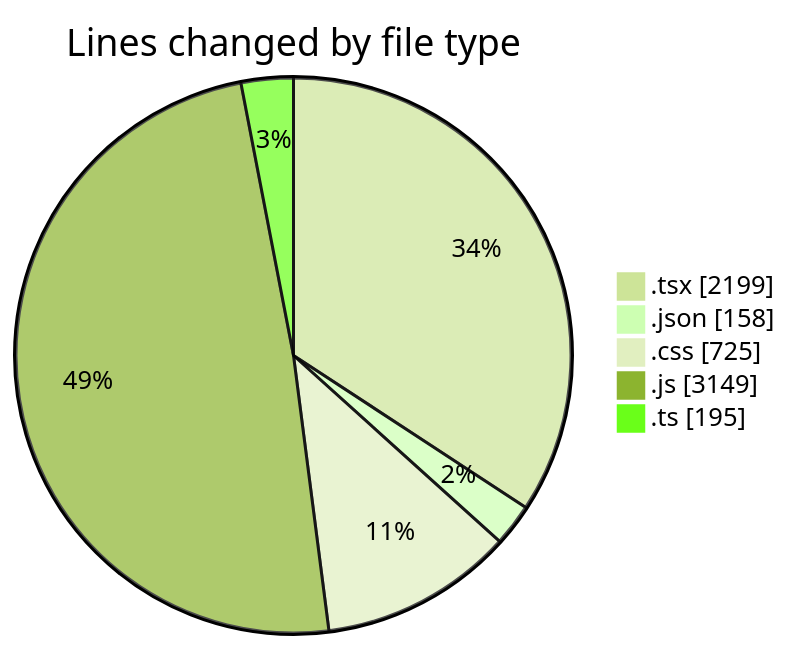
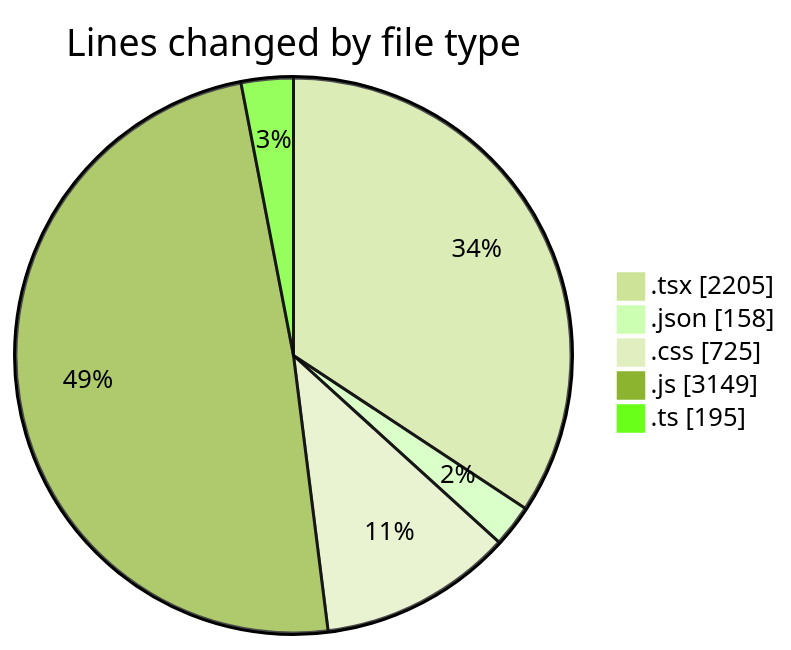
The first of 2 diagrams in 2025-05-15/laala_boost/README.md (Elitesun/code-tracking), drawn with Mermaid (forest theme) before and after one commit. The commit also changed other lines of this file and 1 other file, not shown here.

````diff
--- a/2025-05-15/laala_boost/README.md
+++ b/2025-05-15/laala_boost/README.md
@@ -38,9 +38,9 @@
 ```mermaid
 pie showData
 title Lines changed by file type
-".tsx" : 2199
+".tsx" : 2205
 ".json" : 158
 ".css" : 725
 ".js" : 3149
 ".ts" : 195
 ```
````
